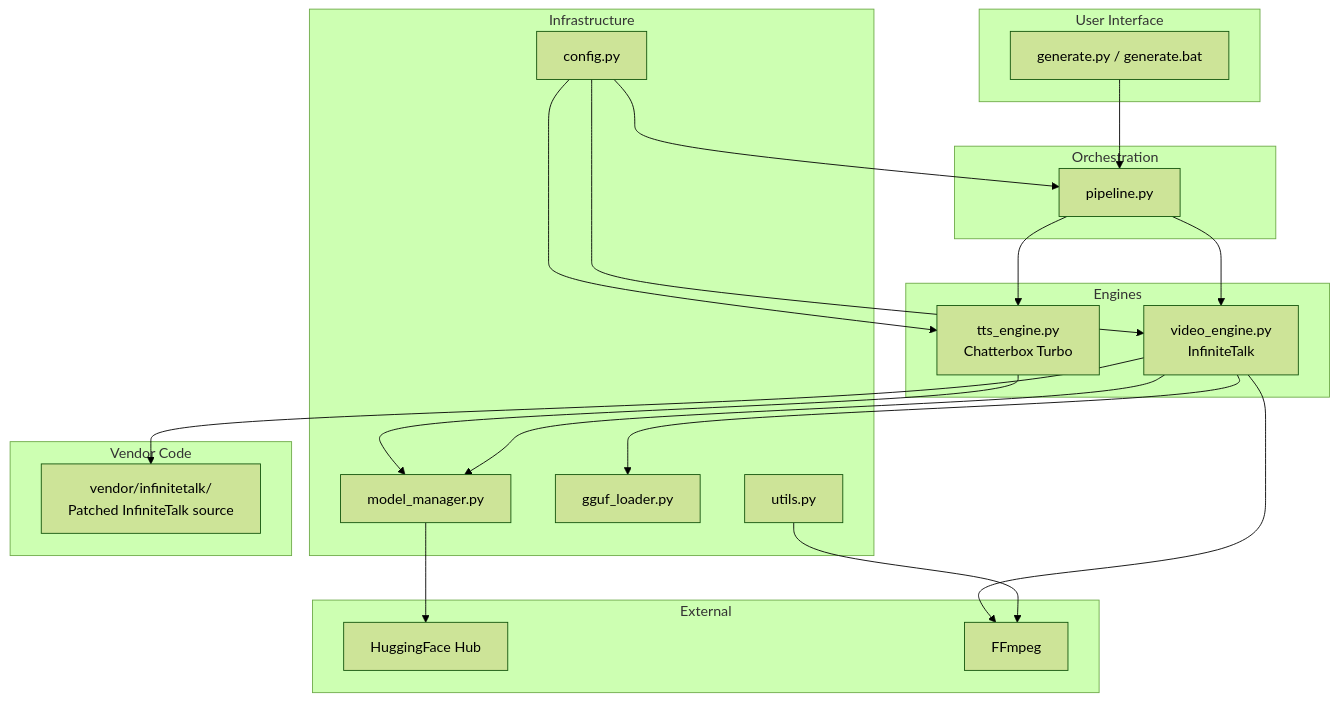
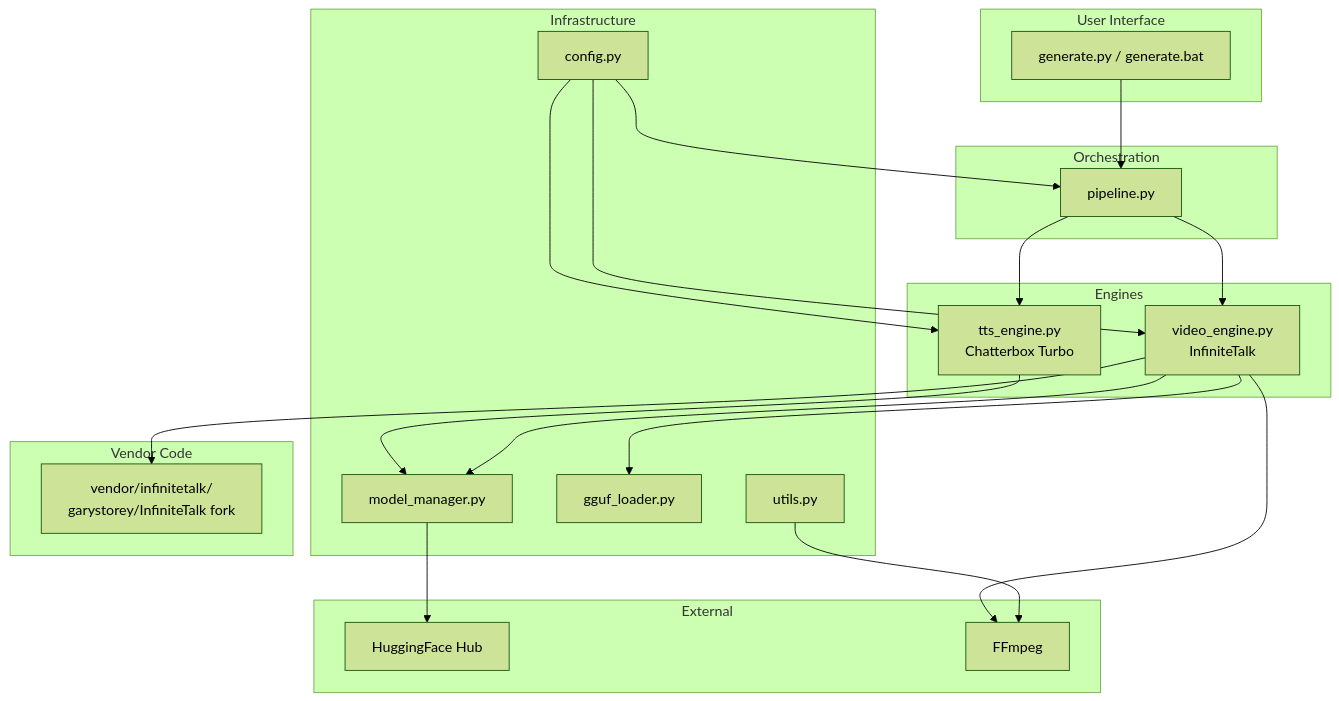
One commit to garystorey/zimbra changed the first of 16 diagrams in docs/tdd.md. Above: the diagram before and after it, drawn with Mermaid (forest theme). The commit also changed other lines of this file and 6 other files, not shown here.

````diff
--- a/docs/tdd.md
+++ b/docs/tdd.md
@@ -5,45 +5,45 @@
 ```mermaid
 graph TB
     subgraph "User Interface"
         CLI[generate.py / generate.bat]
     end
 
     subgraph "Orchestration"
         Pipeline[pipeline.py]
     end
 
     subgraph "Engines"
         TTS[tts_engine.py<br/>Chatterbox Turbo]
         Video[video_engine.py<br/>InfiniteTalk]
     end
 
     subgraph "Infrastructure"
         Config[config.py]
         ModelMgr[model_manager.py]
         GGUF[gguf_loader.py]
         Utils[utils.py]
     end
 
     subgraph "Vendor Code"
-        IT[vendor/infinitetalk/<br/>Patched InfiniteTalk source]
+        IT[vendor/infinitetalk/<br/>garystorey/InfiniteTalk fork]
     end
 
     subgraph "External"
         HF[HuggingFace Hub]
         FFmpeg[FFmpeg]
     end
 
     CLI --> Pipeline
     Pipeline --> TTS
     Pipeline --> Video
     Video --> GGUF
     Video --> IT
     TTS --> ModelMgr
     Video --> ModelMgr
     ModelMgr --> HF
     Video --> FFmpeg
     Utils --> FFmpeg
     Config --> Pipeline
     Config --> TTS
     Config --> Video
 ```
````
